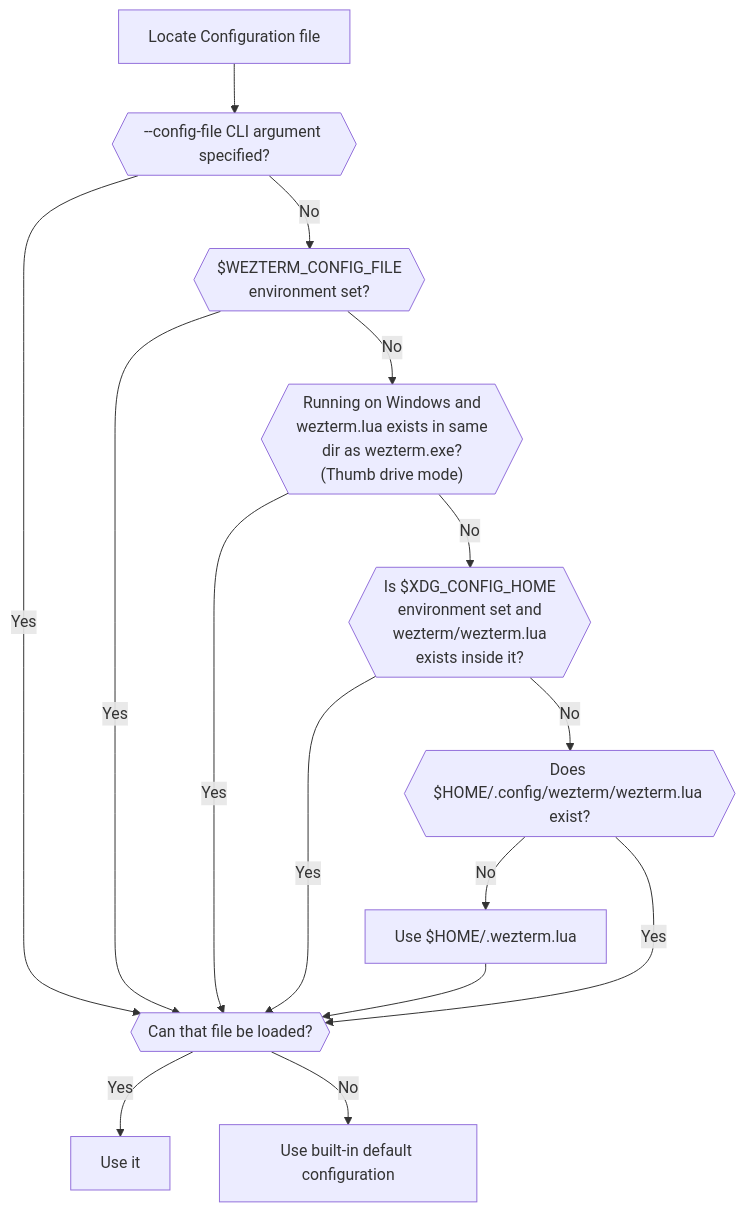
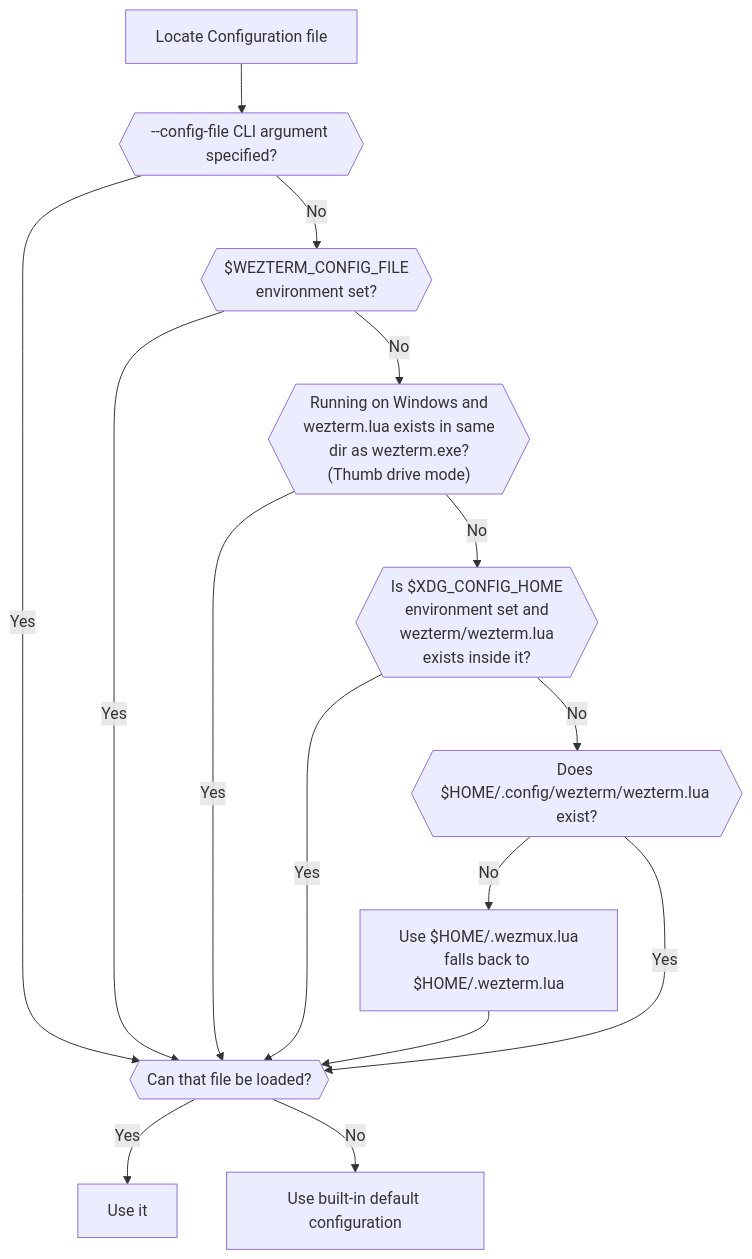
One commit to vcabeli/wezmux changed the diagram in docs/config/files.md. Above: the diagram before and after it, drawn with Mermaid. The commit also changed other lines of this file and 14 other files, not shown here.

````diff
--- a/docs/config/files.md
+++ b/docs/config/files.md
@@ -50,17 +51,17 @@
 ```mermaid
 graph TD
   X[Locate Configuration file] --> A{{--config-file CLI argument specified?}}
   A -->|Yes| B{{Can that file be loaded?}}
   B -->|Yes| C[Use it]
   B -->|No| D[Use built-in default configuration]
   A -->|No| E{{$WEZTERM_CONFIG_FILE<br/>environment set?}}
   E -->|Yes| B
   E -->|No| F{{"Running on Windows and<br/>wezterm.lua exists in same<br/>dir as wezterm.exe?<br/>(Thumb drive mode)"}}
   F -->|Yes| B
   F -->|No| H{{Is $XDG_CONFIG_HOME<br/>environment set and<br/>wezterm/wezterm.lua<br/>exists inside it?}}
   H -->|Yes| B
   J --> B
   H -->|No| K{{Does $HOME/.config/wezterm/wezterm.lua exist?}}
   K -->|Yes| B
-  K -->|No| J[Use $HOME/.wezterm.lua]
+  K -->|No| J[Use $HOME/.wezmux.lua<br/>falls back to $HOME/.wezterm.lua]
 ```
````
